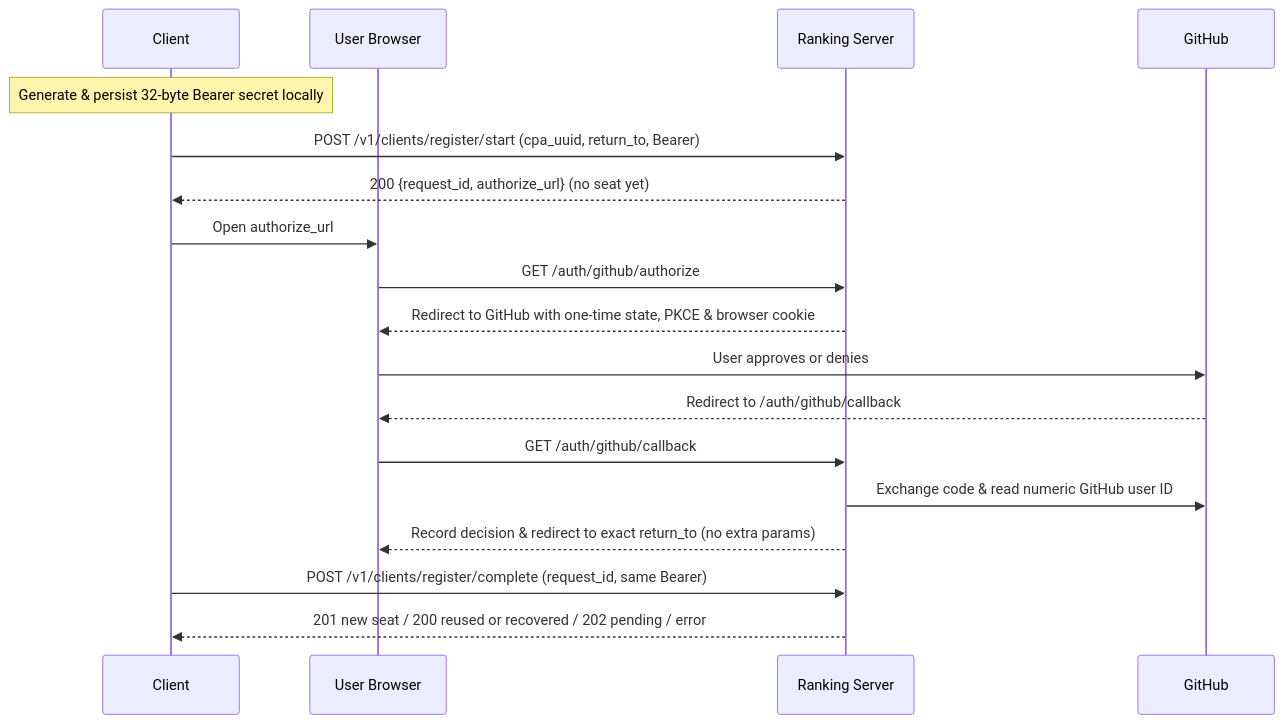
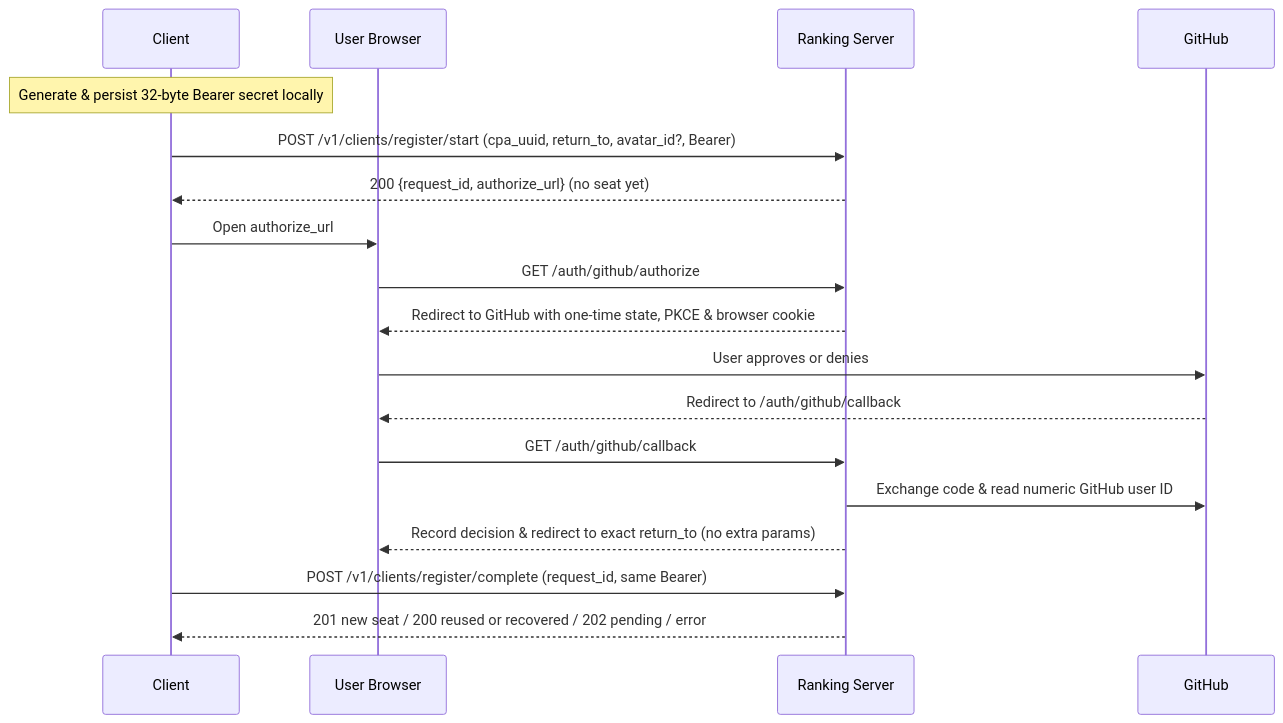
One commit to router-for-me/cpa-usage-ranking changed the first of 2 diagrams in docs/integration.md. Above: the diagram before and after it, drawn with Mermaid. The commit also changed other lines of this file and 7 other files, not shown here.

Commit message:
docs: document optional avatar_id on registration start

````diff
--- a/docs/integration.md
+++ b/docs/integration.md
@@ -45,20 +45,20 @@
 ```mermaid
 sequenceDiagram
     participant C as Client
     participant B as User Browser
     participant R as Ranking Server
     participant G as GitHub
     Note over C: Generate & persist 32-byte Bearer secret locally
-    C->>R: POST /v1/clients/register/start (cpa_uuid, return_to, Bearer)
+    C->>R: POST /v1/clients/register/start (cpa_uuid, return_to, avatar_id?, Bearer)
     R-->>C: 200 {request_id, authorize_url} (no seat yet)
     C->>B: Open authorize_url
     B->>R: GET /auth/github/authorize
     R-->>B: Redirect to GitHub with one-time state, PKCE & browser cookie
     B->>G: User approves or denies
     G-->>B: Redirect to /auth/github/callback
     B->>R: GET /auth/github/callback
     R->>G: Exchange code & read numeric GitHub user ID
     R-->>B: Record decision & redirect to exact return_to (no extra params)
     C->>R: POST /v1/clients/register/complete (request_id, same Bearer)
     R-->>C: 201 new seat / 200 reused or recovered / 202 pending / error
 ```
````
